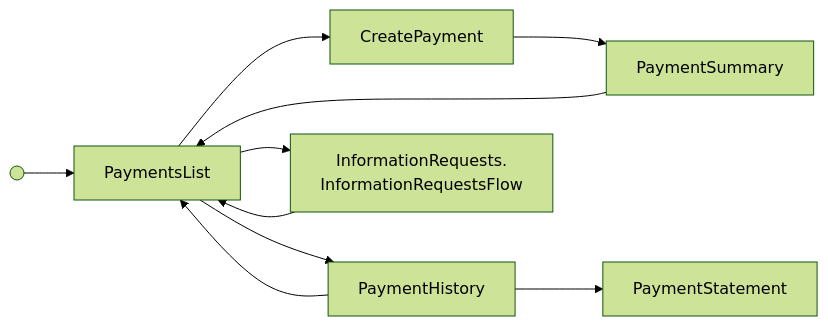
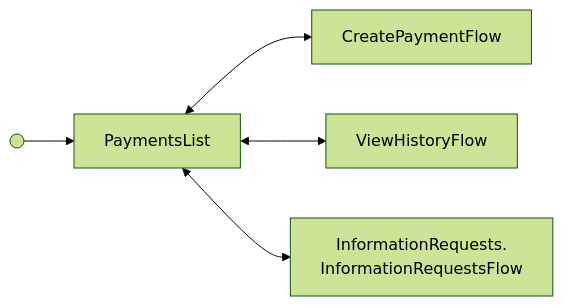
The diagram in docs/reference/contractor/management/payment-flow.md (Gusto/embedded-react-sdk), drawn with Mermaid (forest theme) before and after one commit. The commit also changed other lines of this file and 28 other files, not shown here.

First line of the commit message:
refactor(PaymentFlow): extract CreatePaymentFlow and ViewHistoryFlow spokes (SDK-1127)

````diff
--- a/docs/reference/contractor/management/payment-flow.md
+++ b/docs/reference/contractor/management/payment-flow.md
@@ -101,13 +99,12 @@
 ```mermaid
 flowchart LR
   start@{ shape: sm-circ } --> PaymentsList
 
-  PaymentsList --> CreatePayment --> PaymentSummary --> PaymentsList
+  PaymentsList <--> CreatePaymentFlow
+  PaymentsList <--> ViewHistoryFlow
+  PaymentsList <--> InformationRequests["InformationRequests.<br/>InformationRequestsFlow"]
 
-  PaymentsList --> PaymentHistory --> PaymentStatement
-  PaymentHistory --> PaymentsList
-
-  PaymentsList --> InformationRequests["InformationRequests.<br/>InformationRequestsFlow"] --> PaymentsList
-
+  class CreatePaymentFlow flow
+  class ViewHistoryFlow flow
   class InformationRequests flow
 ```
````
